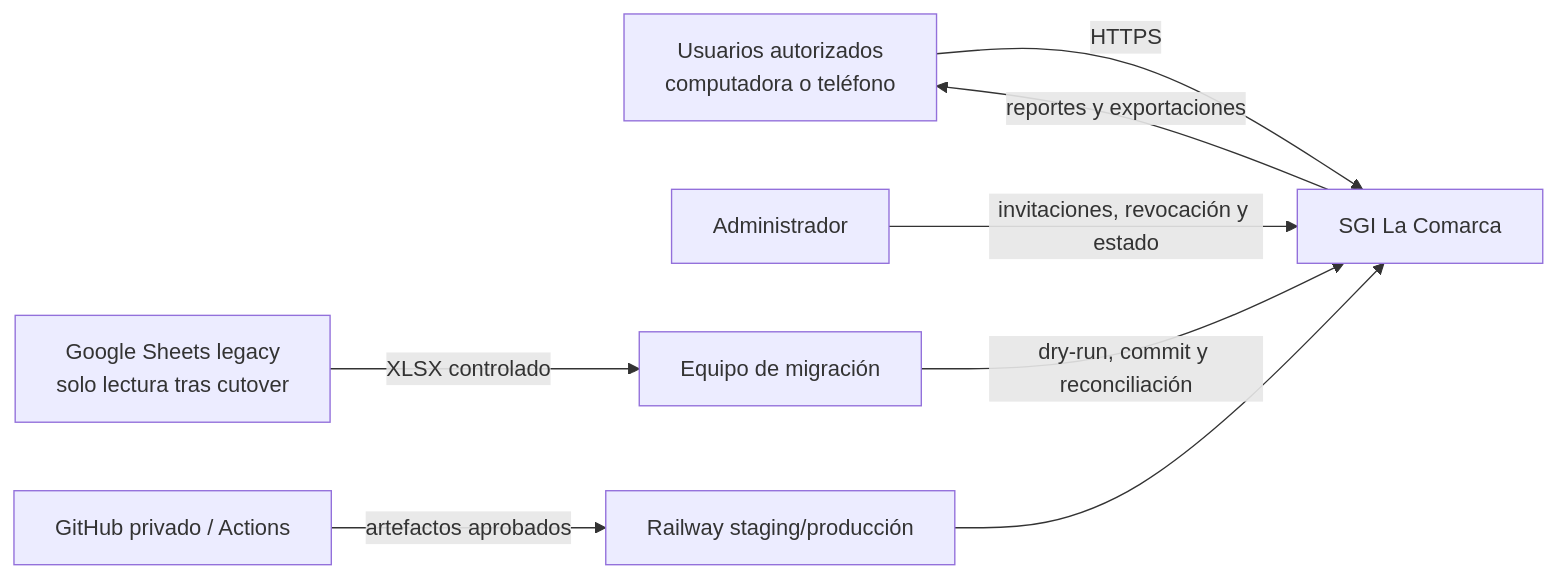
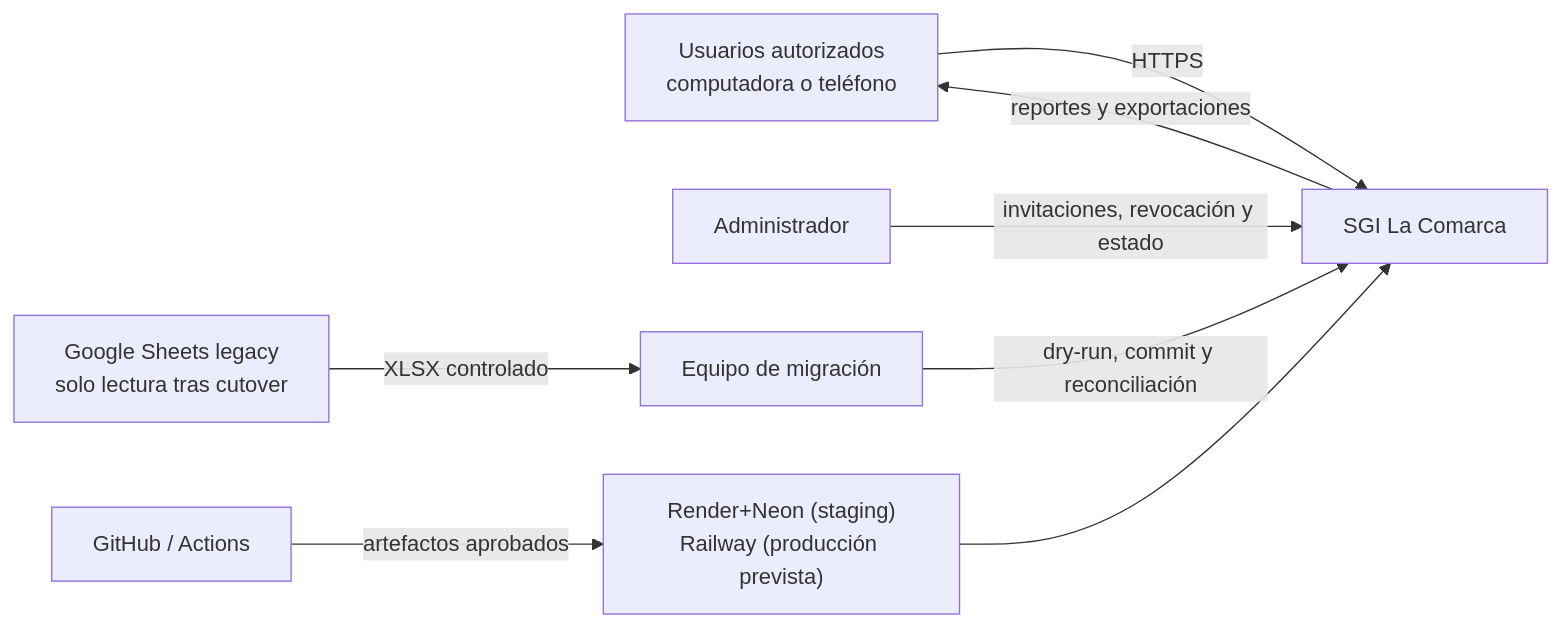
One commit to DylanRizo/sgi-comarca changed the diagram in docs/architecture/system-context.md. Above: the diagram before and after it, drawn with Mermaid. The commit also changed other lines of this file and 6 other files, not shown here.

First line of the commit message:
docs: reconcile README and architecture docs with the implemented code

````diff
--- a/docs/architecture/system-context.md
+++ b/docs/architecture/system-context.md
@@ -28,10 +32,10 @@
 ```mermaid
 flowchart LR
     U["Usuarios autorizados<br/>computadora o teléfono"] -->|"HTTPS"| SGI["SGI La Comarca"]
     A["Administrador"] -->|"invitaciones, revocación y estado"| SGI
     M["Equipo de migración"] -->|"dry-run, commit y reconciliación"| SGI
     LEG["Google Sheets legacy<br/>solo lectura tras cutover"] -->|"XLSX controlado"| M
-    GH["GitHub privado / Actions"] -->|"artefactos aprobados"| R["Railway staging/producción"]
+    GH["GitHub / Actions"] -->|"artefactos aprobados"| R["Render+Neon (staging)<br/>Railway (producción prevista)"]
     R --> SGI
     SGI -->|"reportes y exportaciones"| U
 ```
````
